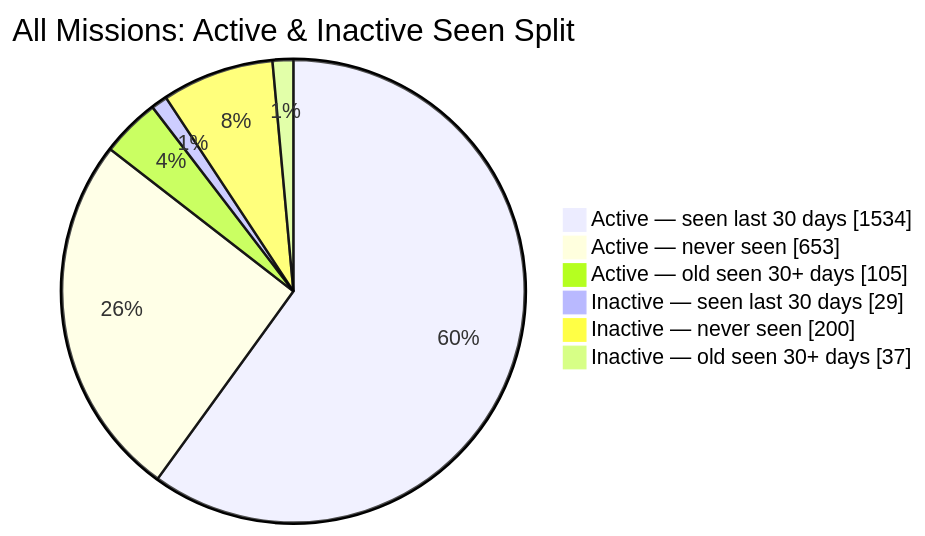
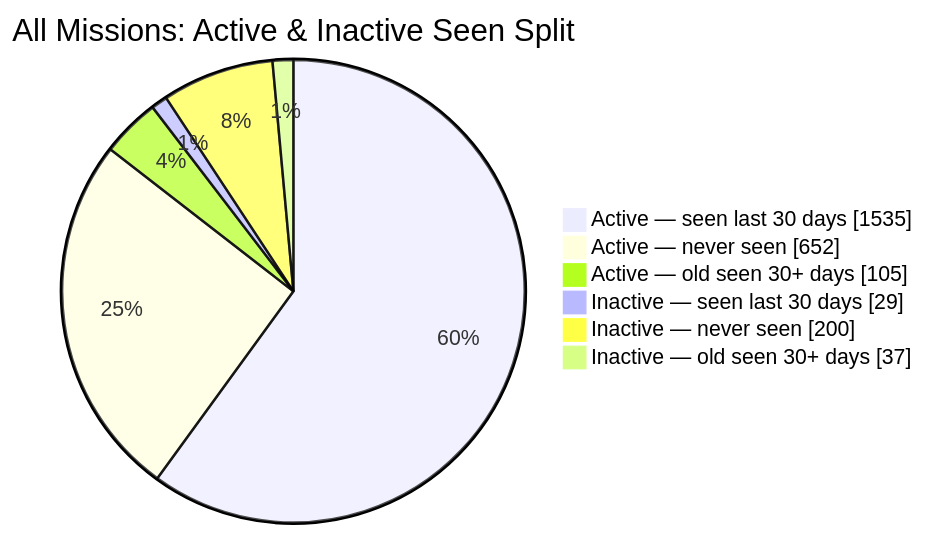
The second of 2 diagrams in README.md (MeldkamerspelGameTeam/active-missions), drawn with Mermaid before and after one commit. The commit also changed other lines of this file and 2 other files, not shown here.

````diff
--- a/README.md
+++ b/README.md
@@ -44,10 +44,10 @@
 ```mermaid
 pie showData
     title All Missions: Active & Inactive Seen Split
-    "Active — seen last 30 days" : 1534
-    "Active — never seen" : 653
+    "Active — seen last 30 days" : 1535
+    "Active — never seen" : 652
     "Active — old seen 30+ days" : 105
     "Inactive — seen last 30 days" : 29
     "Inactive — never seen" : 200
     "Inactive — old seen 30+ days" : 37
 ```
````
